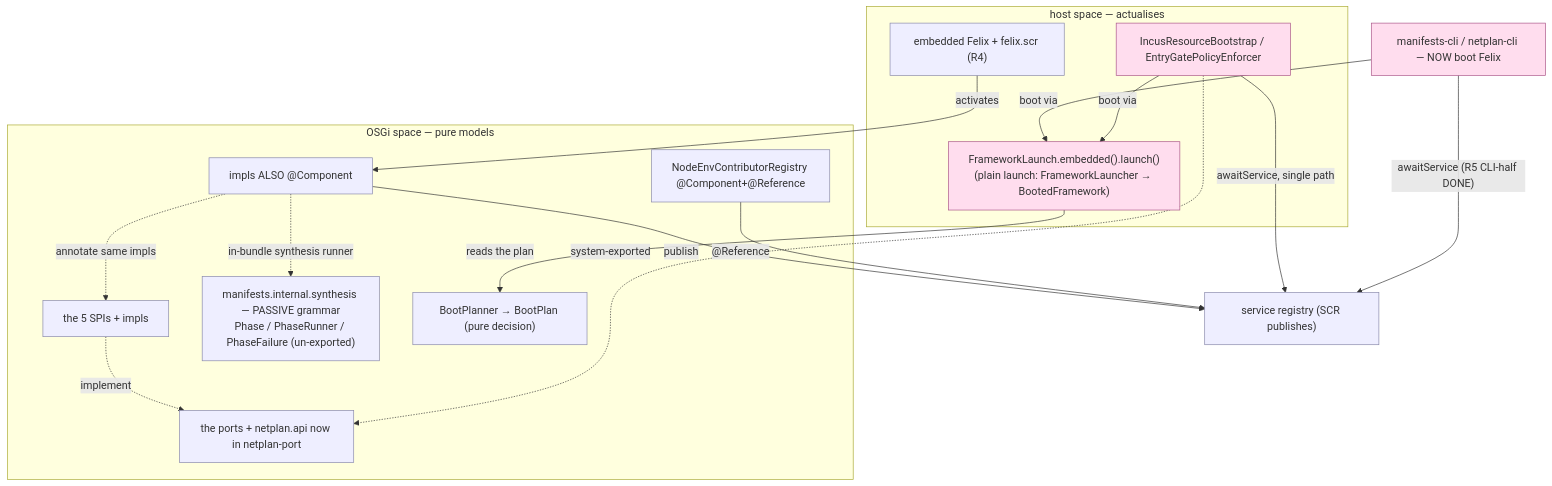
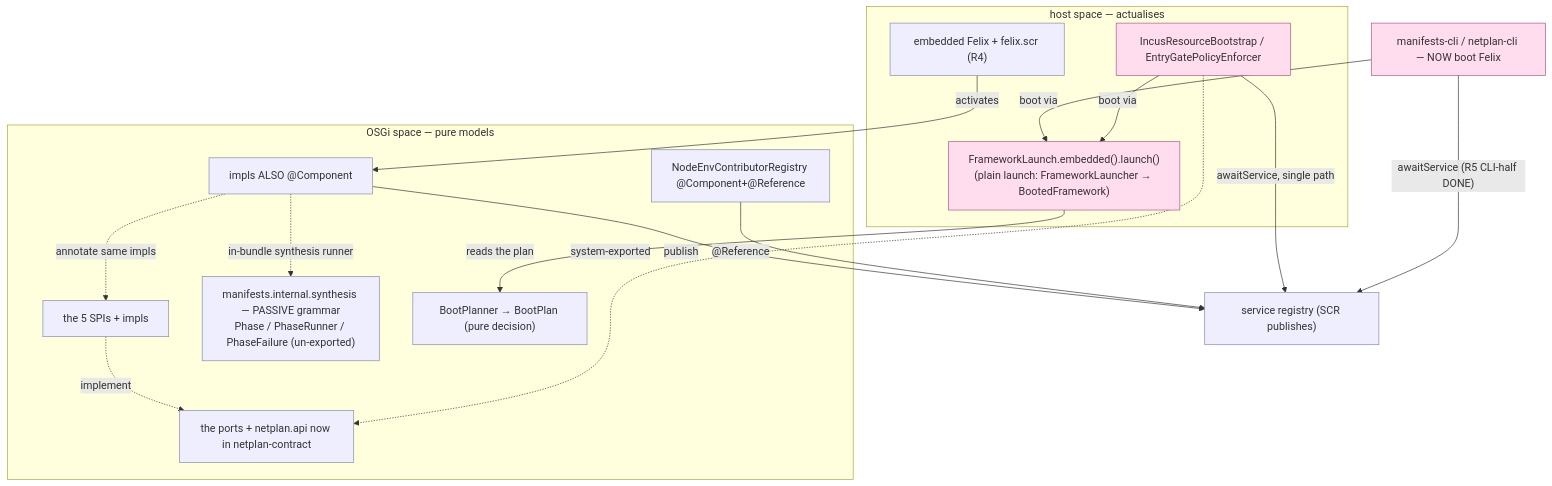
Before and after one commit to nxmatic/rke2lab: the fourth of 4 diagrams in docs/architecture/atlas/runtime.adoc, drawn with Mermaid. The commit also changed other lines of this file, not shown here.

First line of the commit message:
docs(runtime): rename netplan.api to netplan-contract and prune realised migration notes

```diff
--- a/docs/architecture/atlas/runtime.adoc
+++ b/docs/architecture/atlas/runtime.adoc
@@ -230,34 +222,34 @@
 [mermaid]
 ....
 flowchart TB
   subgraph OSGI["OSGi space — pure models"]
-    bapi["the ports + netplan.api now in netplan-port"]:::osgi
+    bapi["the ports + netplan.api now in netplan-contract"]:::osgi
     spi["the 5 SPIs + impls"]:::osgi
     comp["impls ALSO @Component"]:::osgi
     reg2["NodeEnvContributorRegistry @Component+@Reference"]:::osgi
     pc["manifests.internal.synthesis — PASSIVE grammar<br/>Phase / PhaseRunner / PhaseFailure (un-exported)"]:::osgi
     plan["BootPlanner → BootPlan (pure decision)"]:::osgi
   end
   subgraph HOST["host space — actualises"]
     seam0["IncusResourceBootstrap / EntryGatePolicyEnforcer"]:::host
     fx["embedded Felix + felix.scr (R4)"]:::osgi
     flp["FrameworkLaunch.embedded().launch()<br/>(plain launch: FrameworkLauncher → BootedFramework)"]:::host
   end
   cli["manifests-cli / netplan-cli — NOW boot Felix"]:::host
   reg["service registry (SCR publishes)"]:::osgi
   comp -.->|annotate same impls| spi
   fx -->|activates| comp
   comp -->|publish| reg
   seam0 -->|"awaitService, single path"| reg
   reg2 -->|"@Reference"| reg
   cli -->|"awaitService (R5 CLI-half DONE)"| reg
   cli -->|boot via| flp
   seam0 -->|boot via| flp
   flp -->|"reads the plan"| plan
   comp -.->|"in-bundle synthesis runner"| pc
   spi -.->|implement| bapi
   seam0 -.->|"system-exported"| bapi
   classDef osgi fill:#eef,stroke:#88a,stroke-width:1px;
   classDef host fill:#fde,stroke:#a58,stroke-width:1px;
   classDef neu fill:#dfd,stroke:#2a2,stroke-width:3px;
 ....
```
